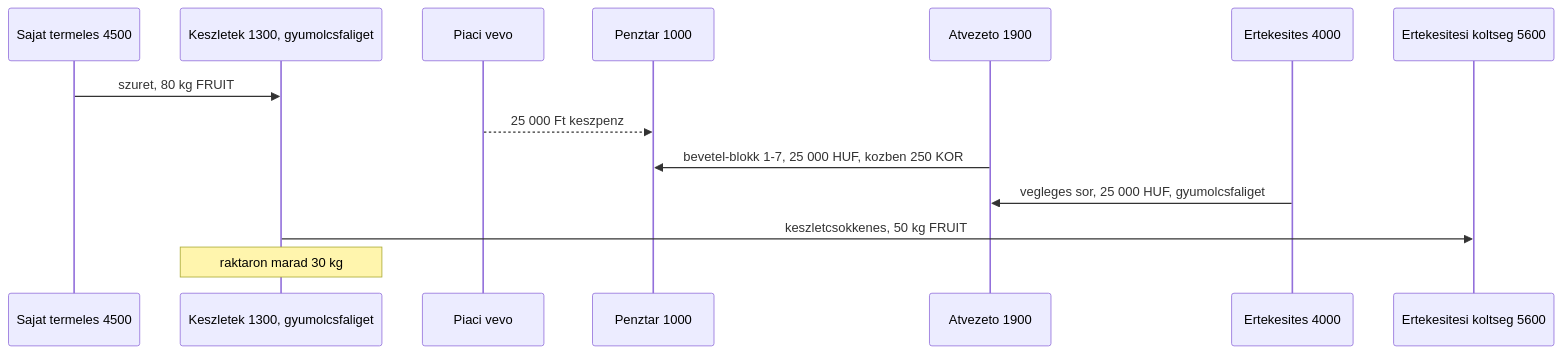
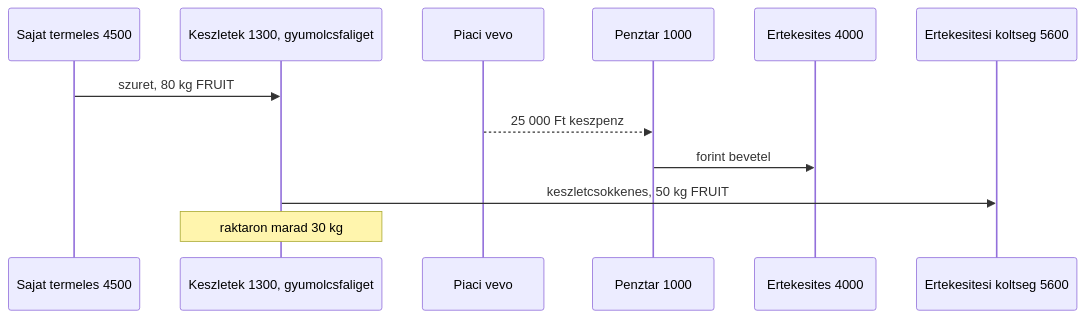
One commit to pitiboy/curr changed the sixth of 15 diagrams in docs/transaction-workflow.md. Above: the diagram before and after it, drawn with Mermaid. The commit also changed other lines of this file and 1 other file, not shown here.

````diff
--- a/docs/transaction-workflow.md
+++ b/docs/transaction-workflow.md
@@ -378,17 +331,15 @@
 ```mermaid
 sequenceDiagram
   participant Allomany as Sajat termeles 4500
   participant Keszlet as Keszletek 1300, gyumolcsfaliget
   participant Piac as Piaci vevo
   participant Penztar as Penztar 1000
-  participant Atv as Atvezeto 1900
   participant Bevetel as Ertekesites 4000
   participant Ert as Ertekesitesi koltseg 5600
 
   Allomany->>Keszlet: szuret, 80 kg FRUIT
   Piac-->>Penztar: 25 000 Ft keszpenz
-  Atv->>Penztar: bevetel-blokk 1-7, 25 000 HUF, kozben 250 KOR
-  Bevetel->>Atv: vegleges sor, 25 000 HUF, gyumolcsfaliget
+  Penztar->>Bevetel: forint bevetel
   Keszlet->>Ert: keszletcsokkenes, 50 kg FRUIT
   Note over Keszlet: raktaron marad 30 kg
 ```
````
